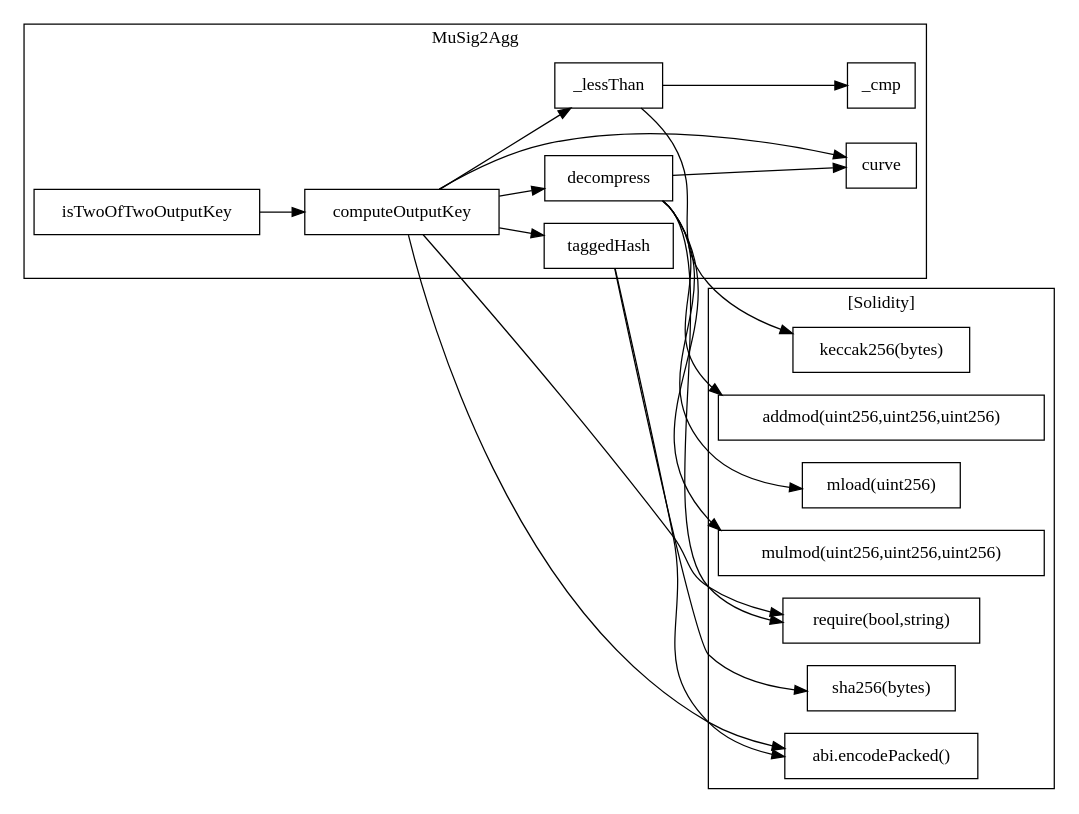
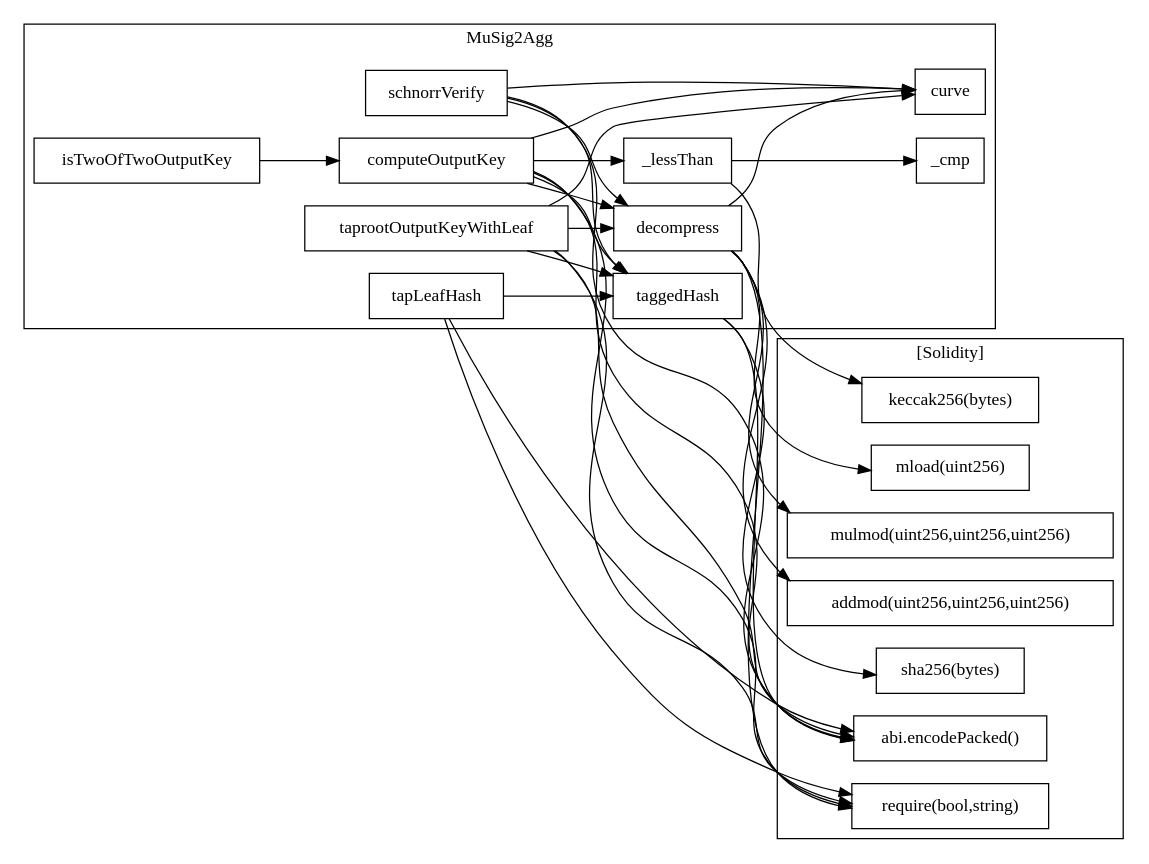
Before and after one commit to quidmints/SPV: the diagram in evm/slither-out/...MuSig2Agg.call-graph.dot, drawn with Graphviz. The commit also changed 98 other files, not shown here.

First line of the commit message:
Regenerate slither-out: it described an architecture deleted 12 days ago

```diff
--- a/evm/slither-out/...MuSig2Agg.call-graph.dot
+++ b/evm/slither-out/...MuSig2Agg.call-graph.dot
@@ -1,39 +1,54 @@
 strict digraph {
 rankdir="LR"
 node [shape=box]
-subgraph cluster_68590_MuSig2Agg {
+subgraph cluster_57744_MuSig2Agg {
 label = "MuSig2Agg"
-"68590__cmp" [label="_cmp"]
-"68590_taggedHash" [label="taggedHash"]
-"68590_computeOutputKey" [label="computeOutputKey"]
-"68590_decompress" [label="decompress"]
-"68590__lessThan" [label="_lessThan"]
-"68590_isTwoOfTwoOutputKey" [label="isTwoOfTwoOutputKey"]
-"68590_curve" [label="curve"]
-"68590_computeOutputKey" -> "68590__lessThan"
-"68590_computeOutputKey" -> "68590_taggedHash"
-"68590_isTwoOfTwoOutputKey" -> "68590_computeOutputKey"
-"68590_computeOutputKey" -> "68590_curve"
-"68590_decompress" -> "68590_curve"
-"68590__lessThan" -> "68590__cmp"
-"68590_computeOutputKey" -> "68590_decompress"
+"57744_schnorrVerify" [label="schnorrVerify"]
+"57744_decompress" [label="decompress"]
+"57744_taggedHash" [label="taggedHash"]
+"57744_tapLeafHash" [label="tapLeafHash"]
+"57744_curve" [label="curve"]
+"57744_isTwoOfTwoOutputKey" [label="isTwoOfTwoOutputKey"]
+"57744_taprootOutputKeyWithLeaf" [label="taprootOutputKeyWithLeaf"]
+"57744__cmp" [label="_cmp"]
+"57744_computeOutputKey" [label="computeOutputKey"]
+"57744__lessThan" [label="_lessThan"]
+"57744_taprootOutputKeyWithLeaf" -> "57744_curve"
+"57744_computeOutputKey" -> "57744_decompress"
+"57744_schnorrVerify" -> "57744_curve"
+"57744_computeOutputKey" -> "57744__lessThan"
+"57744_schnorrVerify" -> "57744_decompress"
+"57744_decompress" -> "57744_curve"
+"57744_schnorrVerify" -> "57744_taggedHash"
+"57744__lessThan" -> "57744__cmp"
+"57744_taprootOutputKeyWithLeaf" -> "57744_taggedHash"
+"57744_taprootOutputKeyWithLeaf" -> "57744_decompress"
+"57744_computeOutputKey" -> "57744_curve"
+"57744_tapLeafHash" -> "57744_taggedHash"
+"57744_isTwoOfTwoOutputKey" -> "57744_computeOutputKey"
+"57744_computeOutputKey" -> "57744_taggedHash"
 }subgraph cluster_solidity {
 label = "[Solidity]"
+"keccak256(bytes)" 
+"sha256(bytes)" 
+"mload(uint256)" 
+"abi.encodePacked()" 
 "mulmod(uint256,uint256,uint256)" 
-"sha256(bytes)" 
-"abi.encodePacked()" 
-"keccak256(bytes)" 
+"addmod(uint256,uint256,uint256)" 
 "require(bool,string)" 
-"mload(uint256)" 
-"addmod(uint256,uint256,uint256)" 
-"68590_decompress" -> "require(bool,string)"
-"68590_decompress" -> "mload(uint256)"
-"68590_computeOutputKey" -> "abi.encodePacked()"
-"68590_decompress" -> "mulmod(uint256,uint256,uint256)"
-"68590_decompress" -> "addmod(uint256,uint256,uint256)"
-"68590_taggedHash" -> "sha256(bytes)"
-"68590_computeOutputKey" -> "require(bool,string)"
-"68590__lessThan" -> "keccak256(bytes)"
-"68590_taggedHash" -> "abi.encodePacked()"
+"57744__lessThan" -> "keccak256(bytes)"
+"57744_decompress" -> "mload(uint256)"
+"57744_tapLeafHash" -> "require(bool,string)"
+"57744_taggedHash" -> "abi.encodePacked()"
+"57744_schnorrVerify" -> "abi.encodePacked()"
+"57744_decompress" -> "addmod(uint256,uint256,uint256)"
+"57744_computeOutputKey" -> "require(bool,string)"
+"57744_taprootOutputKeyWithLeaf" -> "require(bool,string)"
+"57744_decompress" -> "mulmod(uint256,uint256,uint256)"
+"57744_computeOutputKey" -> "abi.encodePacked()"
+"57744_decompress" -> "require(bool,string)"
+"57744_tapLeafHash" -> "abi.encodePacked()"
+"57744_taprootOutputKeyWithLeaf" -> "abi.encodePacked()"
+"57744_taggedHash" -> "sha256(bytes)"
 }
 }
```
